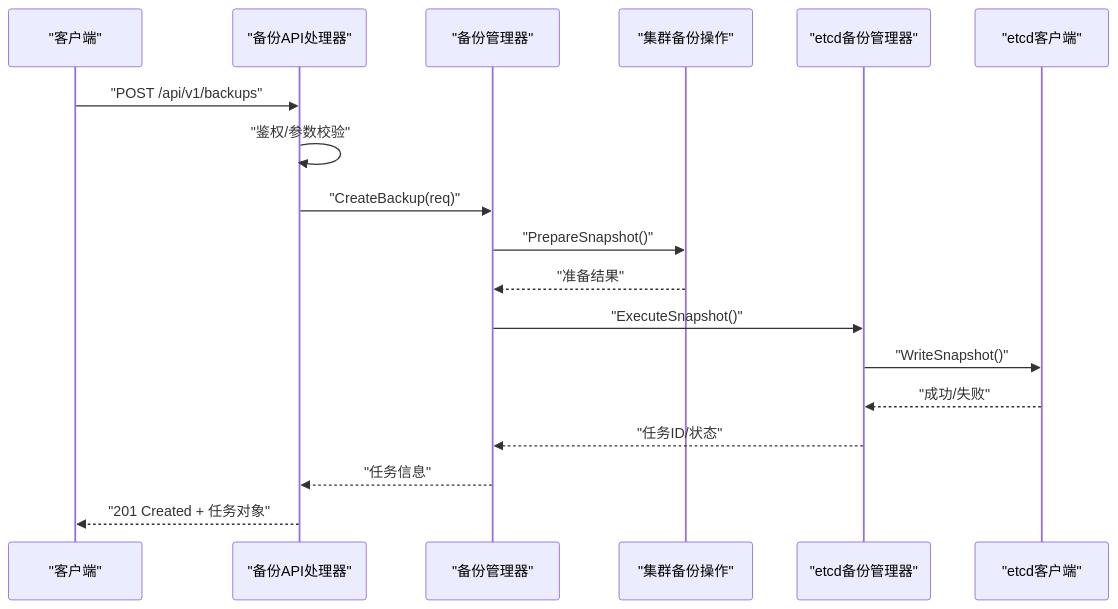
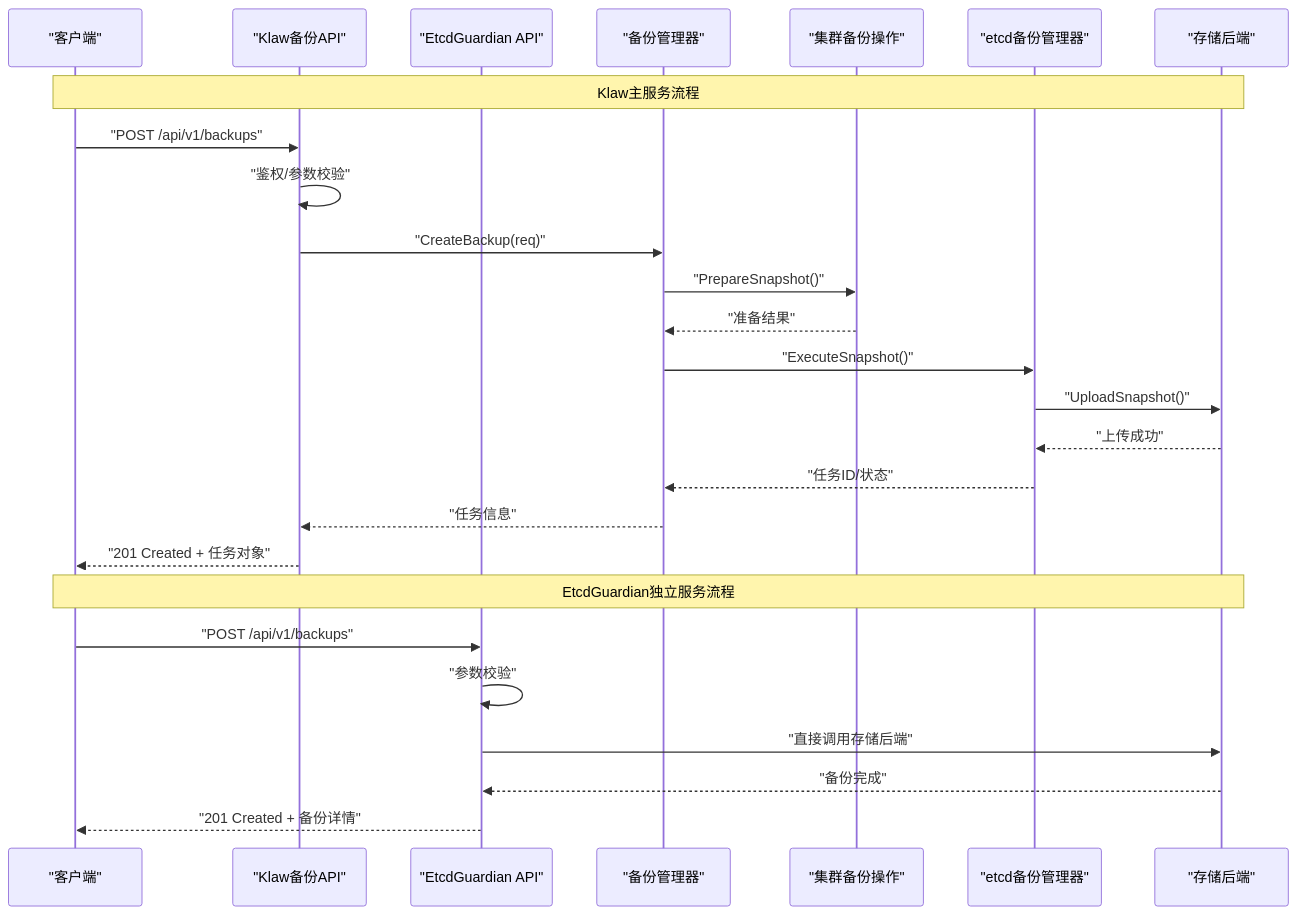
One commit to kudig-io/klaw changed the second of 3 diagrams in .qoder/repowiki/zh/content/API参考/统一API (v1)/备份恢复API.md. Above: the diagram before and after it, drawn with Mermaid. The commit also changed other lines of this file and 237 other files, not shown here.

````diff
--- a/.qoder/repowiki/zh/content/API参考/统一API (v1)/备份恢复API.md
+++ b/.qoder/repowiki/zh/content/API参考/统一API (v1)/备份恢复API.md
@@ -92,20 +141,28 @@
 ```mermaid
 sequenceDiagram
 participant Client as "客户端"
-participant API as "备份API处理器"
+participant KlawAPI as "Klaw备份API"
+participant EGAPI as "EtcdGuardian API"
 participant Mgr as "备份管理器"
 participant Cluster as "集群备份操作"
 participant EtcdMgr as "etcd备份管理器"
-participant EtcdCli as "etcd客户端"
-Client->>API : "POST /api/v1/backups"
-API->>API : "鉴权/参数校验"
-API->>Mgr : "CreateBackup(req)"
+participant Storage as "存储后端"
+Note over Client,Storage : Klaw主服务流程
+Client->>KlawAPI : "POST /api/v1/backups"
+KlawAPI->>KlawAPI : "鉴权/参数校验"
+KlawAPI->>Mgr : "CreateBackup(req)"
 Mgr->>Cluster : "PrepareSnapshot()"
 Cluster-->>Mgr : "准备结果"
 Mgr->>EtcdMgr : "ExecuteSnapshot()"
-EtcdMgr->>EtcdCli : "WriteSnapshot()"
-EtcdCli-->>EtcdMgr : "成功/失败"
+EtcdMgr->>Storage : "UploadSnapshot()"
+Storage-->>EtcdMgr : "上传成功"
 EtcdMgr-->>Mgr : "任务ID/状态"
-Mgr-->>API : "任务信息"
-API-->>Client : "201 Created + 任务对象"
+Mgr-->>KlawAPI : "任务信息"
+KlawAPI-->>Client : "201 Created + 任务对象"
+Note over Client,Storage : EtcdGuardian独立服务流程
+Client->>EGAPI : "POST /api/v1/backups"
+EGAPI->>EGAPI : "参数校验"
+EGAPI->>Storage : "直接调用存储后端"
+Storage-->>EGAPI : "备份完成"
+EGAPI-->>Client : "201 Created + 备份详情"
 ```
````
